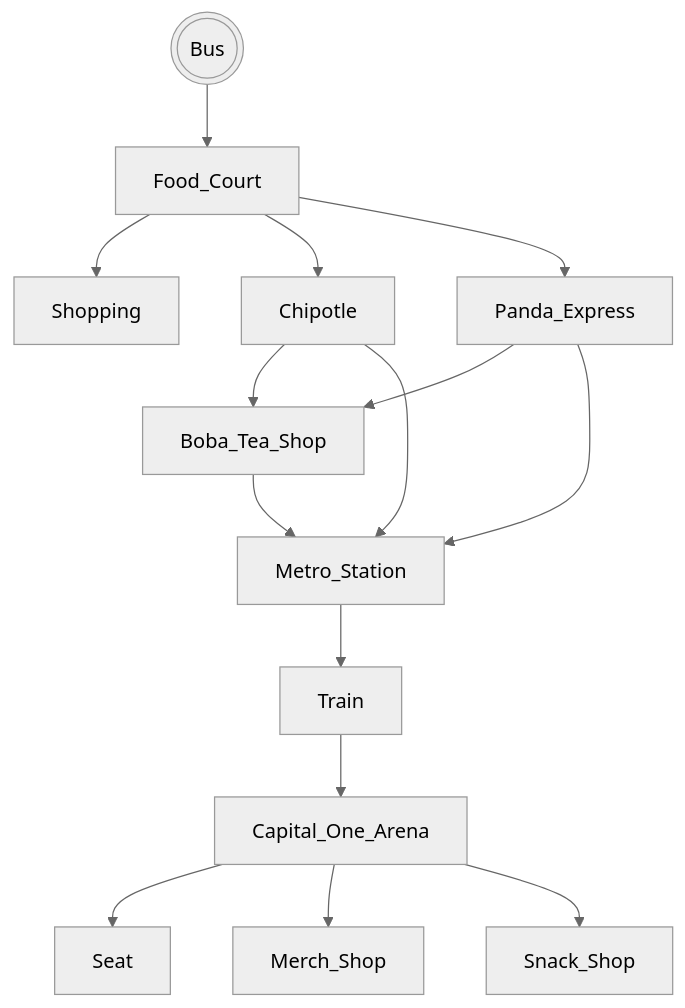
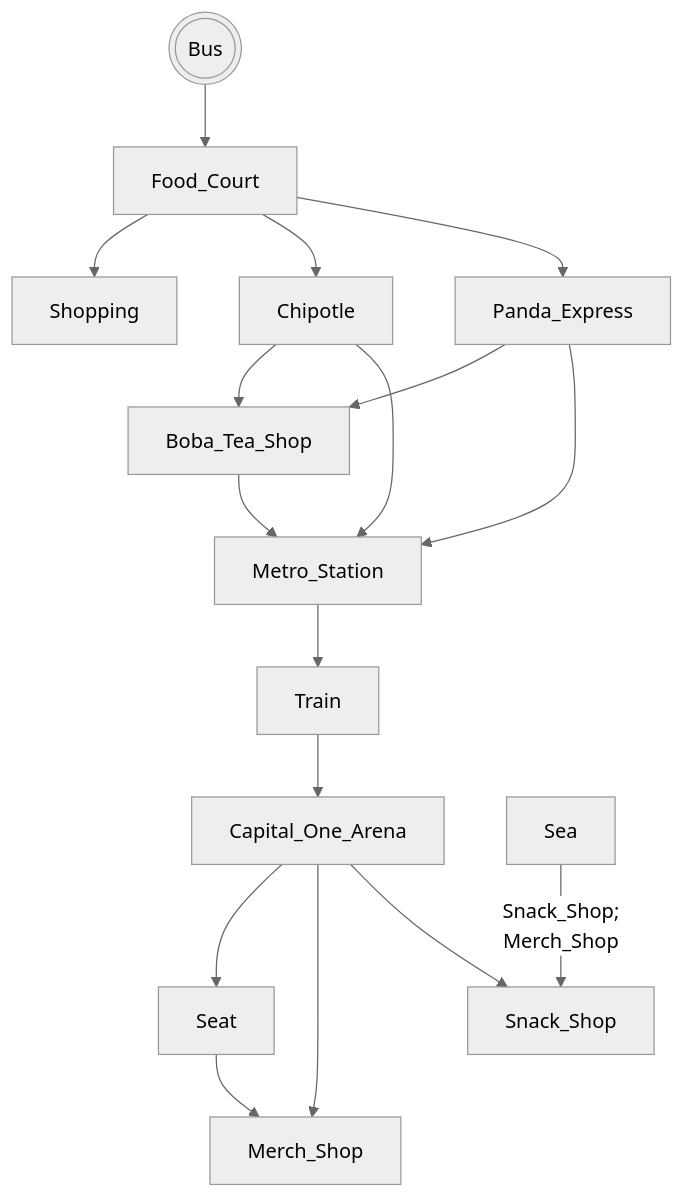
Before and after one commit to waleedchahid/waleedchahid.github.io: the diagram in projects/game/README.md, drawn with Mermaid (neutral theme).

Commit message:
added some connections

````diff
--- a/projects/game/README.md
+++ b/projects/game/README.md
@@ -11,17 +11,20 @@
 ```mermaid
 graph TD;
     bus(((Bus)))-->Food_Court;
     Food_Court-->Shopping;
     Food_Court-->Chipotle;
     Food_Court-->Panda_Express;
     Panda_Express-->Boba_Tea_Shop;
     Chipotle--> Boba_Tea_Shop;
     Boba_Tea_Shop-->Metro_Station;
     Chipotle-->Metro_Station;
     Panda_Express-->Metro_Station;
     Metro_Station-->Train;
     Train-->Capital_One_Arena;
     Capital_One_Arena-->Seat;
     Capital_One_Arena-->Merch_Shop;
     Capital_One_Arena-->Snack_Shop;
+    Seat-->Merch_Shop;
+    Sea--Snack_Shop;
+    Merch_Shop-->Snack_Shop;
 ```
````
